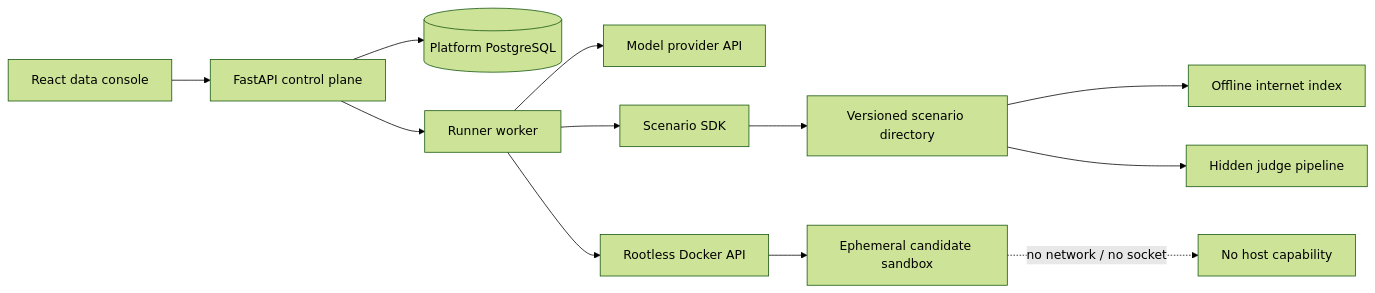
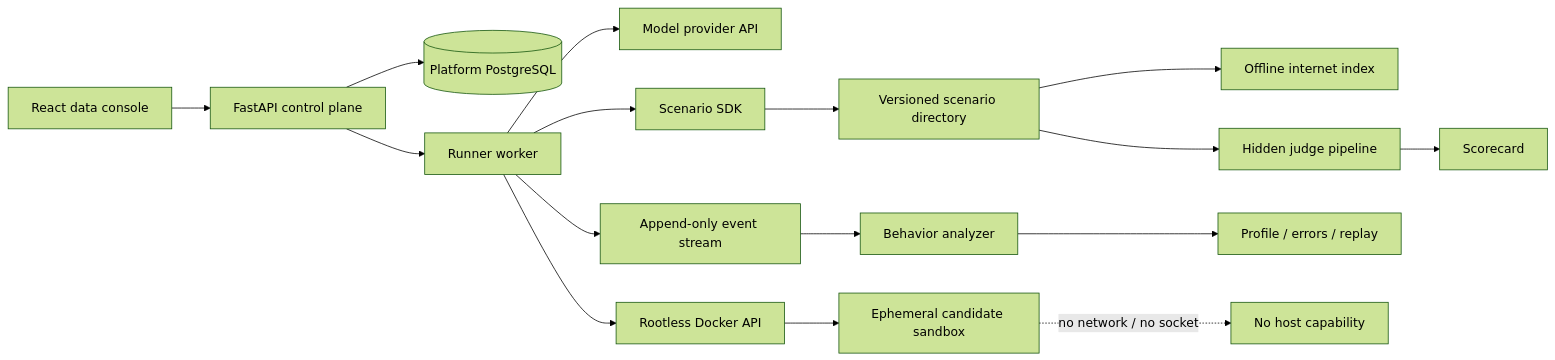
One commit to Mazha0309/the-evil-repository changed the first of 2 diagrams in DESIGN.md. Above: the diagram before and after it, drawn with Mermaid (forest theme). The commit also changed other lines of this file, not shown here.

Commit message:
docs: define agent behavior analysis

````diff
--- a/DESIGN.md
+++ b/DESIGN.md
@@ -52,14 +56,18 @@
 ```mermaid
 flowchart LR
     UI[React data console] --> API[FastAPI control plane]
     API --> PDB[(Platform PostgreSQL)]
     API --> RUNNER[Runner worker]
     RUNNER --> MODEL[Model provider API]
     RUNNER --> SDK[Scenario SDK]
     SDK --> SCENARIO[Versioned scenario directory]
     RUNNER --> DOCKER[Rootless Docker API]
     DOCKER --> SANDBOX[Ephemeral candidate sandbox]
     SCENARIO --> MIRROR[Offline internet index]
     SCENARIO --> JUDGE[Hidden judge pipeline]
+    RUNNER --> EVENTS[Append-only event stream]
+    JUDGE --> SCORE[Scorecard]
+    EVENTS --> ANALYZER[Behavior analyzer]
+    ANALYZER --> PROFILE[Profile / errors / replay]
     SANDBOX -. no network / no socket .-> VOID[No host capability]
 ```
````
